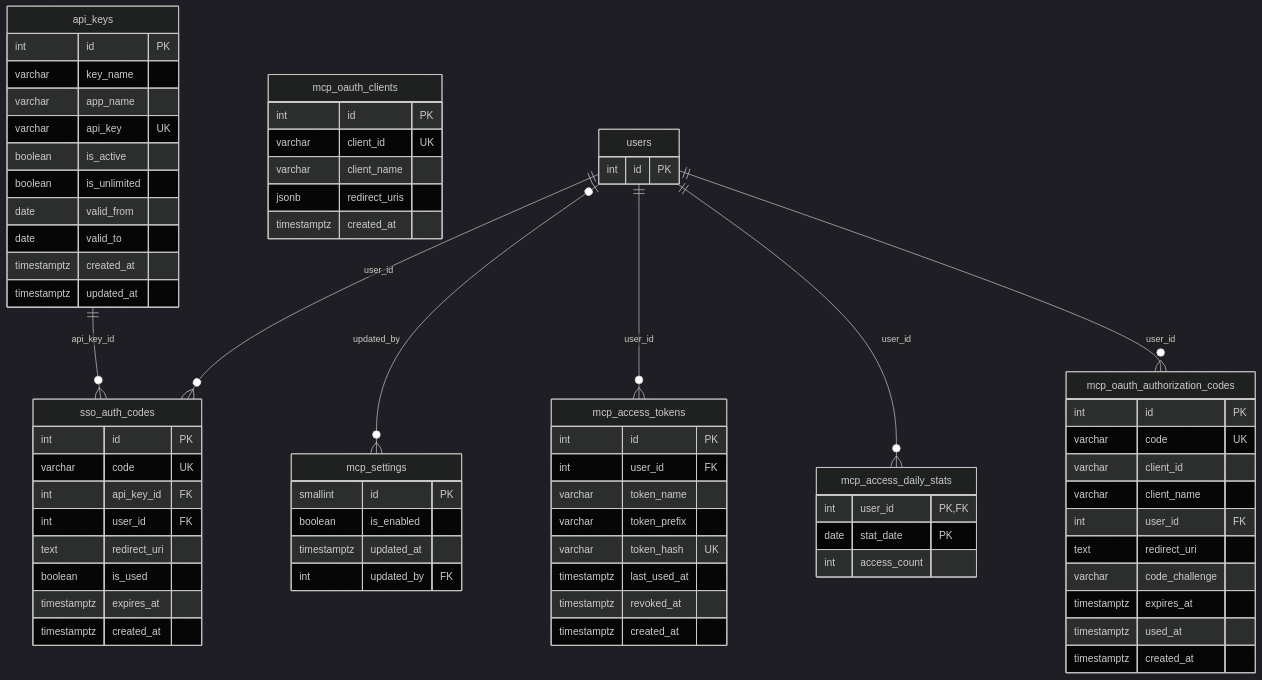
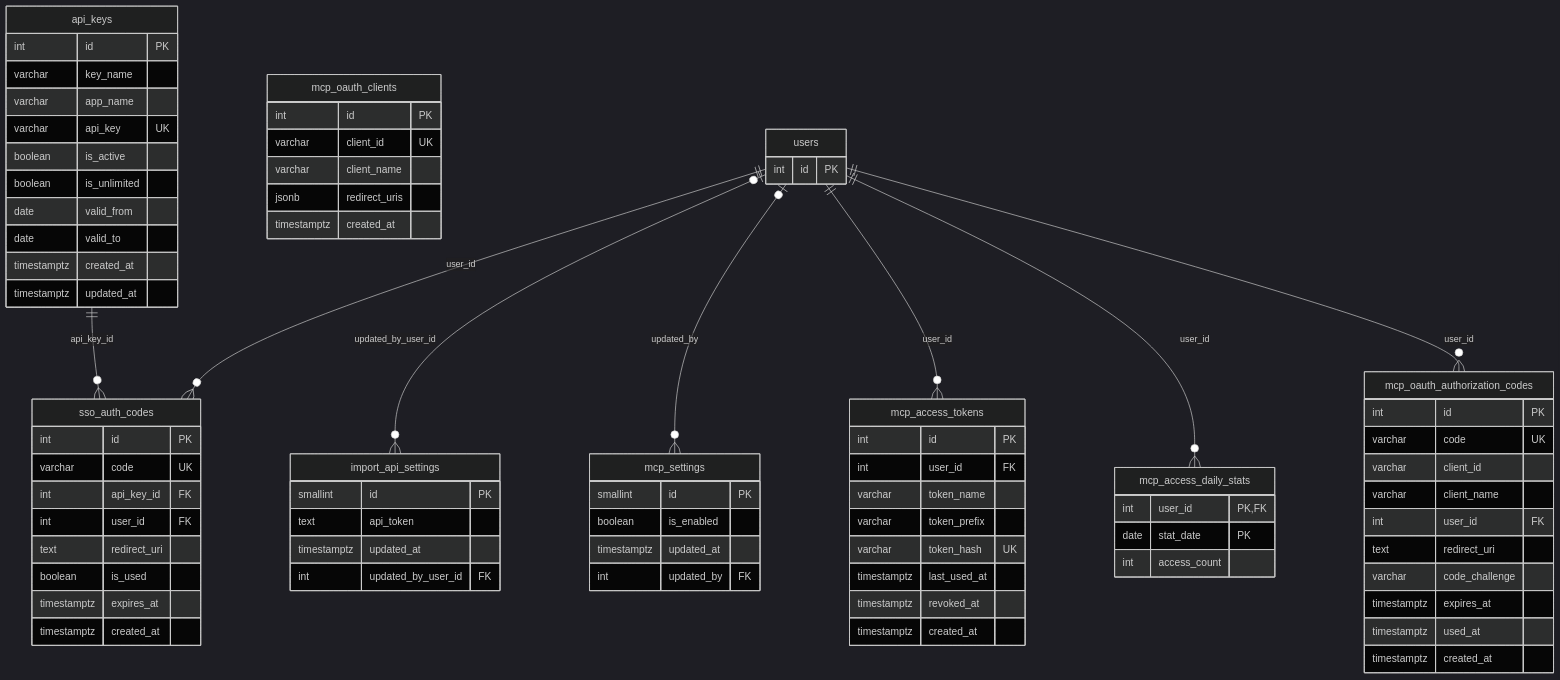
Before and after one commit to dminhbb/ttm-tool: diagram 12 of 13 in docs/database-erd.md, drawn with Mermaid (dark theme). The commit also changed other lines of this file and 35 other files, not shown here.

````diff
--- a/docs/database-erd.md
+++ b/docs/database-erd.md
@@ -2057,74 +2057,81 @@
 ```mermaid
 erDiagram
     api_keys {
         int id PK
         varchar key_name
         varchar app_name
         varchar api_key UK
         boolean is_active
         boolean is_unlimited
         date valid_from
         date valid_to
         timestamptz created_at
         timestamptz updated_at
     }
     sso_auth_codes {
         int id PK
         varchar code UK
         int api_key_id FK
         int user_id FK
         text redirect_uri
         boolean is_used
         timestamptz expires_at
         timestamptz created_at
+    }
+    import_api_settings {
+        smallint id PK
+        text api_token
+        timestamptz updated_at
+        int updated_by_user_id FK
     }
     mcp_settings {
         smallint id PK
         boolean is_enabled
         timestamptz updated_at
         int updated_by FK
     }
     mcp_access_tokens {
         int id PK
         int user_id FK
         varchar token_name
         varchar token_prefix
         varchar token_hash UK
         timestamptz last_used_at
         timestamptz revoked_at
         timestamptz created_at
     }
     mcp_access_daily_stats {
         int user_id PK, FK
         date stat_date PK
         int access_count
     }
     mcp_oauth_clients {
         int id PK
         varchar client_id UK
         varchar client_name
         jsonb redirect_uris
         timestamptz created_at
     }
     mcp_oauth_authorization_codes {
         int id PK
         varchar code UK
         varchar client_id
         varchar client_name
         int user_id FK
         text redirect_uri
         varchar code_challenge
         timestamptz expires_at
         timestamptz used_at
         timestamptz created_at
     }
     users {
         int id PK
     }
     api_keys ||--o{ sso_auth_codes : "api_key_id"
     users ||--o{ sso_auth_codes : "user_id"
+    users |o--o{ import_api_settings : "updated_by_user_id"
     users |o--o{ mcp_settings : "updated_by"
     users ||--o{ mcp_access_tokens : "user_id"
     users ||--o{ mcp_access_daily_stats : "user_id"
     users ||--o{ mcp_oauth_authorization_codes : "user_id"
 ```
````
